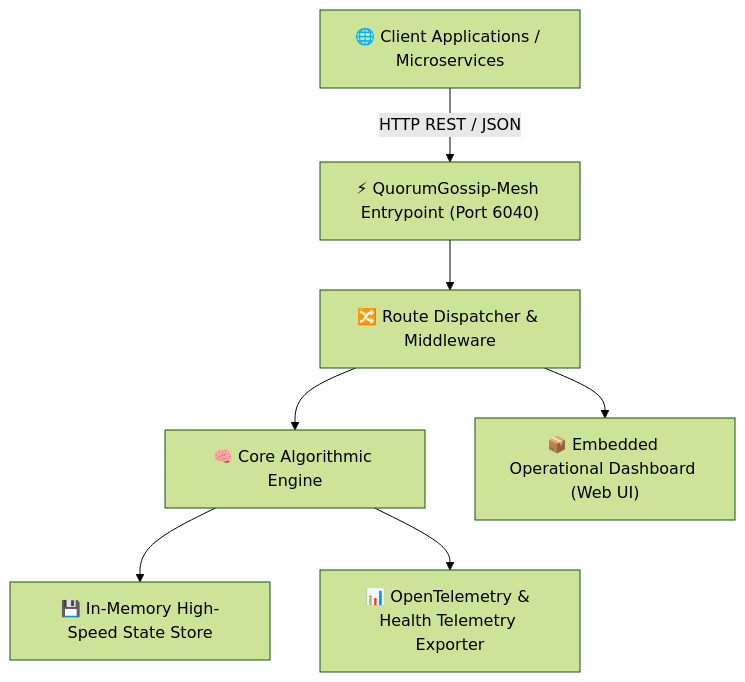
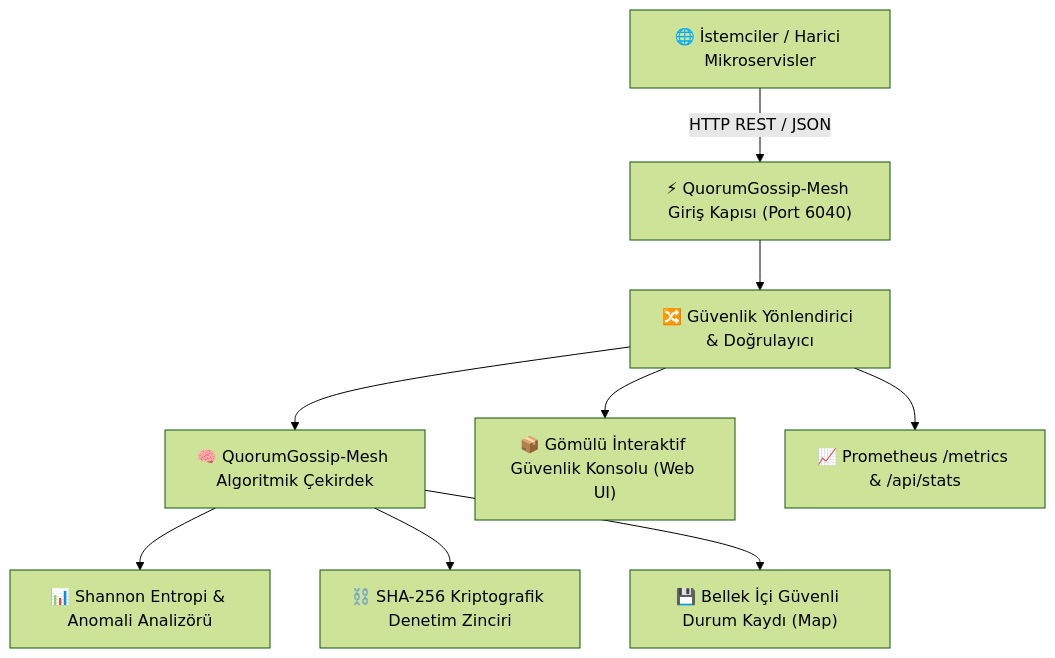
The diagram in README.md (alinurettin/QuorumGossip-Mesh), drawn with Mermaid (forest theme) before and after one commit. The commit also changed other lines of this file and 3 other files, not shown here.

````diff
--- a/README.md
+++ b/README.md
@@ -22,9 +53,11 @@
 ```mermaid
 flowchart TD
-    Client["🌐 Client Applications / Microservices"] -->|HTTP REST / JSON| Gateway["⚡ QuorumGossip-Mesh Entrypoint (Port 6040)"]
-    Gateway --> Router["🔀 Route Dispatcher & Middleware"]
-    Router --> Engine["🧠 Core Algorithmic Engine"]
-    Engine --> Storage["💾 In-Memory High-Speed State Store"]
-    Router --> Static["📦 Embedded Operational Dashboard (Web UI)"]
-    Engine --> Metrics["📊 OpenTelemetry & Health Telemetry Exporter"]
+    Client["🌐 İstemciler / Harici Mikroservisler"] -->|HTTP REST / JSON| Entrypoint["⚡ QuorumGossip-Mesh Giriş Kapısı (Port 6040)"]
+    Entrypoint --> Dispatcher["🔀 Güvenlik Yönlendirici & Doğrulayıcı"]
+    Dispatcher --> CoreEngine["🧠 QuorumGossip-Mesh Algoritmik Çekirdek"]
+    CoreEngine --> Entropy["📊 Shannon Entropi & Anomali Analizörü"]
+    CoreEngine --> HashChain["⛓️ SHA-256 Kriptografik Denetim Zinciri"]
+    CoreEngine --> Storage["💾 Bellek İçi Güvenli Durum Kaydı (Map)"]
+    Dispatcher --> WebUI["📦 Gömülü İnteraktif Güvenlik Konsolu (Web UI)"]
+    Dispatcher --> Telemetry["📈 Prometheus /metrics & /api/stats"]
 ```
````
